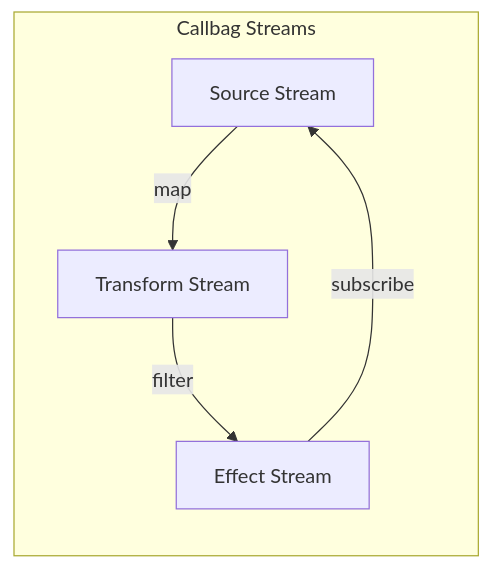
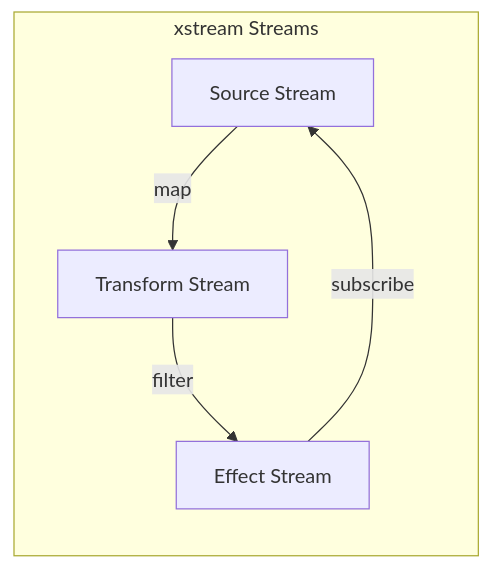
Before and after one commit to SpinbitZ/SpinbitZ: the fourth of 8 diagrams in site-rebuild/docs/app-flow.md, drawn with Mermaid. The commit also changed other lines of this file and 12 other files, not shown here.

Commit message:
docs: migrate all documentation and rules from callbags to xstream\n\n- Updated all architecture, tech stack, and implementation docs to reference xstream instead of callbags\n- Updated Cursor rules for xstream\n- Updated TTDD and FRAOP analysis\n- Updated PRD and implementation plan accordingly

````diff
--- a/site-rebuild/docs/app-flow.md
+++ b/site-rebuild/docs/app-flow.md
@@ -70,12 +70,12 @@
 ```mermaid
 graph LR
-    subgraph "Callbag Streams"
+    subgraph "xstream Streams"
         S1[Source Stream]
         S2[Transform Stream]
         S3[Effect Stream]
     end
     
     S1 -->|map| S2
     S2 -->|filter| S3
     S3 -->|subscribe| S1
 ```
````
